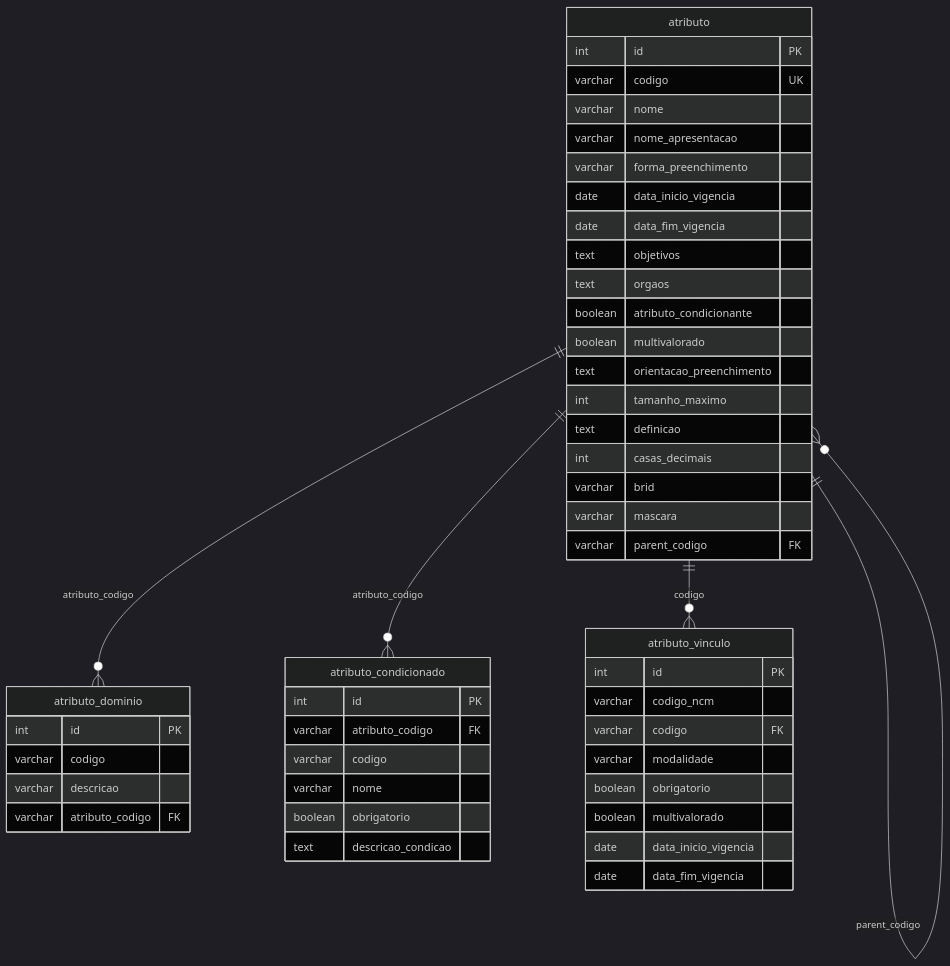
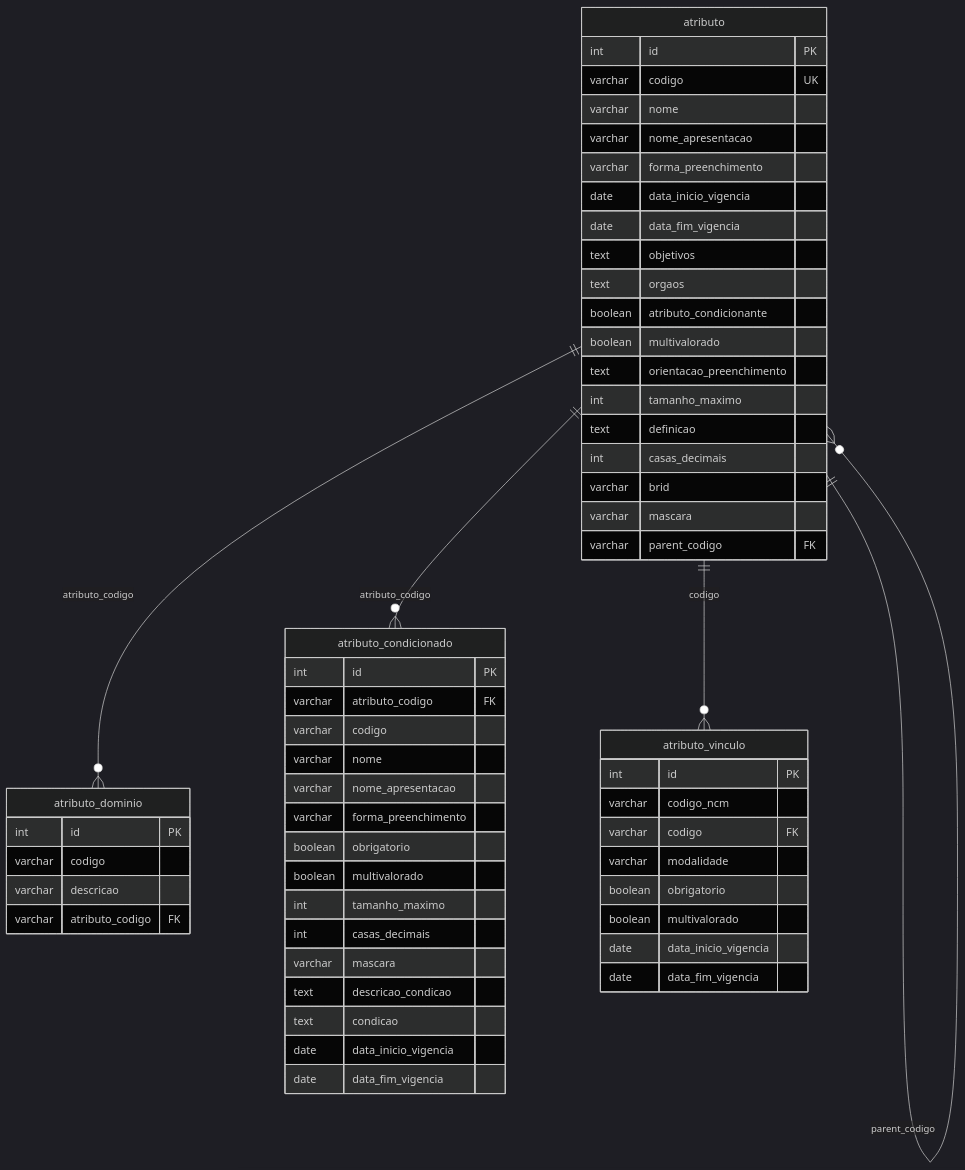
Before and after one commit to danielchaves22/catalogo-produtos: the first of 3 diagrams in docs/atributos_dinamicos/ATRIBUTOS_DINAMICOS.md, drawn with Mermaid (dark theme). The commit also changed other lines of this file and 4 other files, not shown here.

````diff
--- a/docs/atributos_dinamicos/ATRIBUTOS_DINAMICOS.md
+++ b/docs/atributos_dinamicos/ATRIBUTOS_DINAMICOS.md
@@ -20,55 +20,64 @@
 ```mermaid
 erDiagram
     atributo ||--o{ atributo : "parent_codigo"
     atributo ||--o{ atributo_dominio : "atributo_codigo"
     atributo ||--o{ atributo_condicionado : "atributo_codigo"
     atributo ||--o{ atributo_vinculo : "codigo"
     
     atributo {
         int id PK
         varchar codigo UK
         varchar nome
         varchar nome_apresentacao
         varchar forma_preenchimento
         date data_inicio_vigencia
         date data_fim_vigencia
         text objetivos
         text orgaos
         boolean atributo_condicionante
         boolean multivalorado
         text orientacao_preenchimento
         int tamanho_maximo
         text definicao
         int casas_decimais
         varchar brid
         varchar mascara
         varchar parent_codigo FK
     }
     
     atributo_condicionado {
         int id PK
         varchar atributo_codigo FK
         varchar codigo
         varchar nome
+        varchar nome_apresentacao
+        varchar forma_preenchimento
         boolean obrigatorio
+        boolean multivalorado
+        int tamanho_maximo
+        int casas_decimais
+        varchar mascara
         text descricao_condicao
+        text condicao
+        date data_inicio_vigencia
+        date data_fim_vigencia
     }
     
     atributo_dominio {
         int id PK
         varchar codigo
         varchar descricao
         varchar atributo_codigo FK
     }
     
     atributo_vinculo {
         int id PK
         varchar codigo_ncm
         varchar codigo FK
         varchar modalidade
         boolean obrigatorio
         boolean multivalorado
         date data_inicio_vigencia
         date data_fim_vigencia
     }
 ```
````
